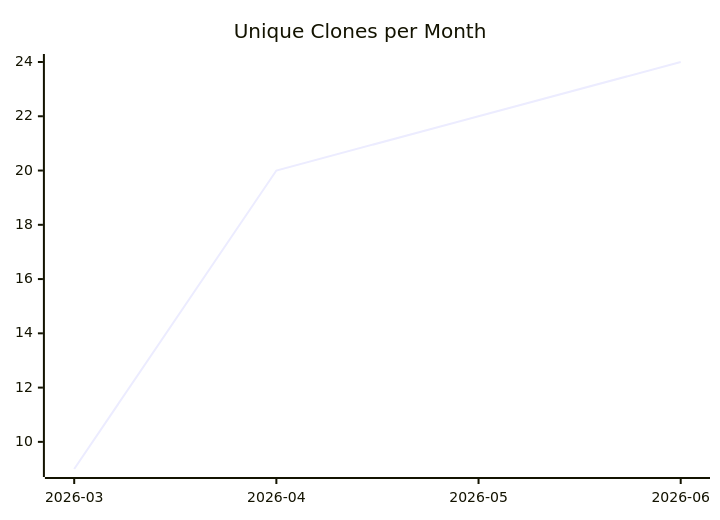
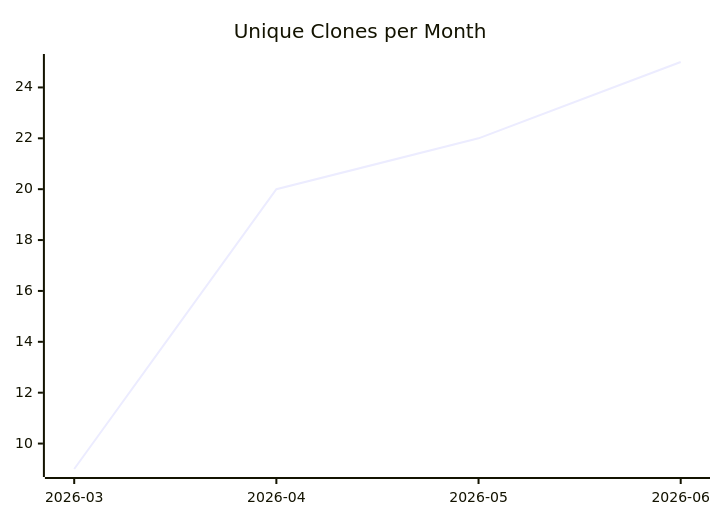
Before and after one commit to justdavis-family/github-analytics-data: the third of 3 diagrams in karlmdavis/kxml2/README.md, drawn with Mermaid. The commit also changed other lines of this file and 197 other files, not shown here.

````diff
--- a/karlmdavis/kxml2/README.md
+++ b/karlmdavis/kxml2/README.md
@@ -19,6 +19,6 @@
 ```mermaid
 xychart-beta
   title "Unique Clones per Month"
   x-axis ["2026-03", "2026-04", "2026-05", "2026-06"]
-  line [9, 20, 22, 24]
+  line [9, 20, 22, 25]
 ```
````
